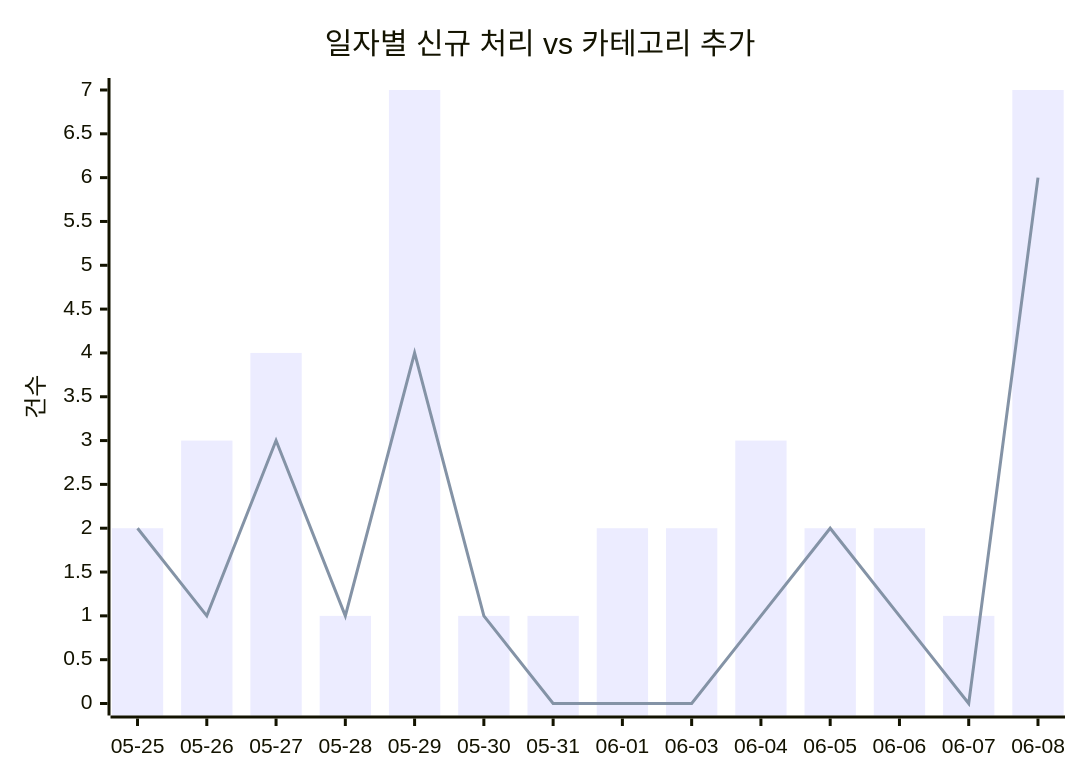
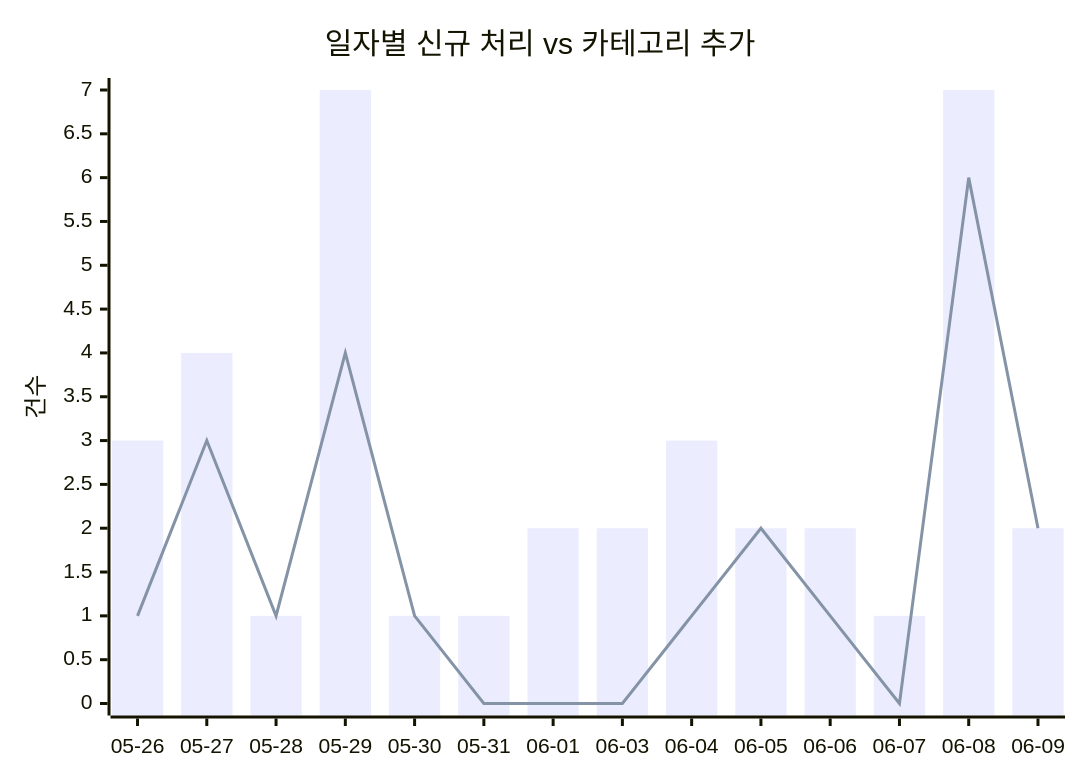
Before and after one commit to J-nowcow/awesome-korean-agent-skills: the first of 2 diagrams in docs/trends.md, drawn with Mermaid. The commit also changed other lines of this file and 5 other files, not shown here.

````diff
--- a/docs/trends.md
+++ b/docs/trends.md
@@ -32,8 +32,8 @@
 ```mermaid
 xychart-beta
     title "일자별 신규 처리 vs 카테고리 추가"
-    x-axis ["05-25","05-26","05-27","05-28","05-29","05-30","05-31","06-01","06-03","06-04","06-05","06-06","06-07","06-08"]
+    x-axis ["05-26","05-27","05-28","05-29","05-30","05-31","06-01","06-03","06-04","06-05","06-06","06-07","06-08","06-09"]
     y-axis "건수"
-    bar [2,3,4,1,7,1,1,2,2,3,2,2,1,7]
-    line [2,1,3,1,4,1,0,0,0,1,2,1,0,6]
+    bar [3,4,1,7,1,1,2,2,3,2,2,1,7,2]
+    line [1,3,1,4,1,0,0,0,1,2,1,0,6,2]
 ```
````
